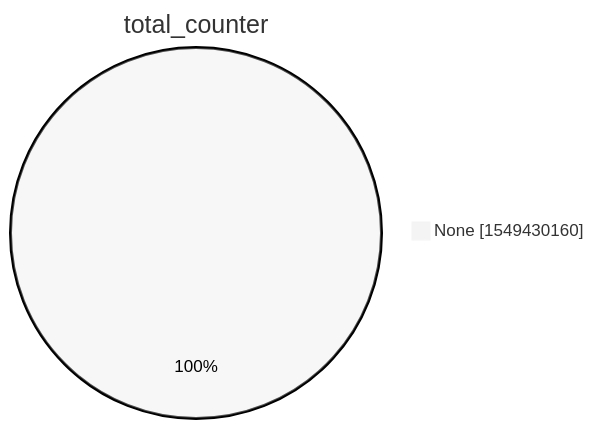
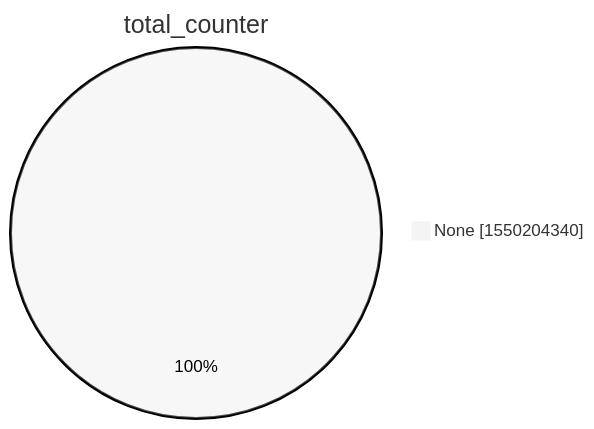
Before and after one commit to christiankrug/ctmonitor_visualization: the second of 15 diagrams in xenon2022/README.md, drawn with Mermaid (neutral theme). The commit also changed other lines of this file, not shown here.

````diff
--- a/xenon2022/README.md
+++ b/xenon2022/README.md
@@ -9,5 +9,5 @@
 ```mermaid
 pie showData
 title total_counter
-"None" :1549430160
+"None" :1550204340
 ```
````
